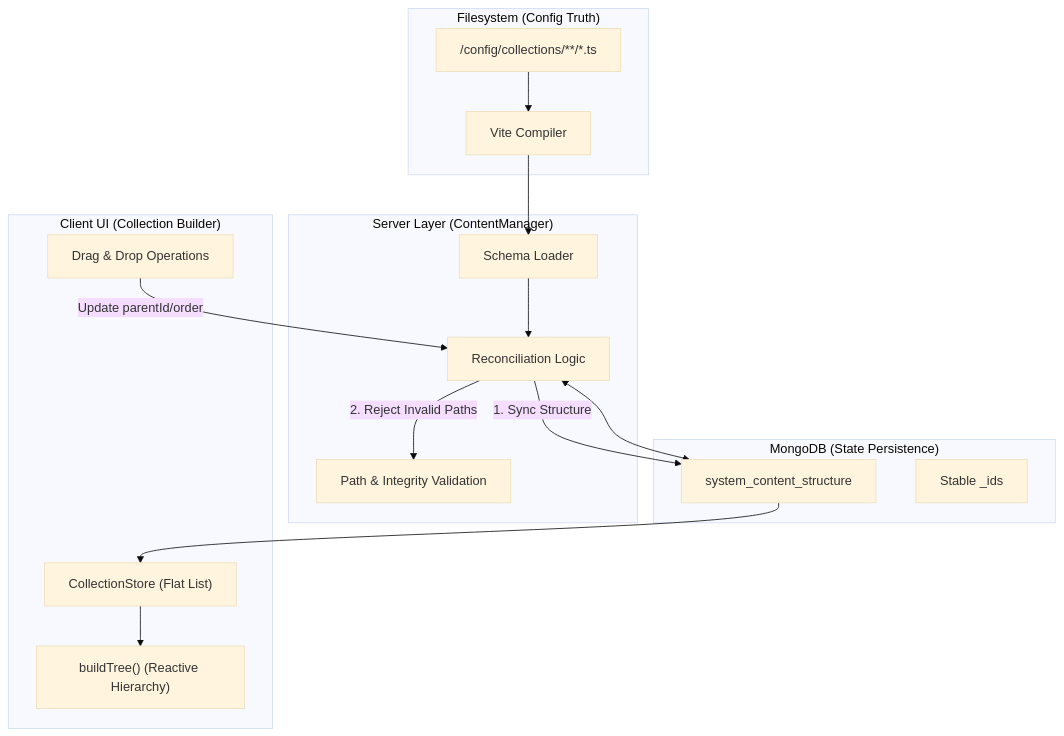
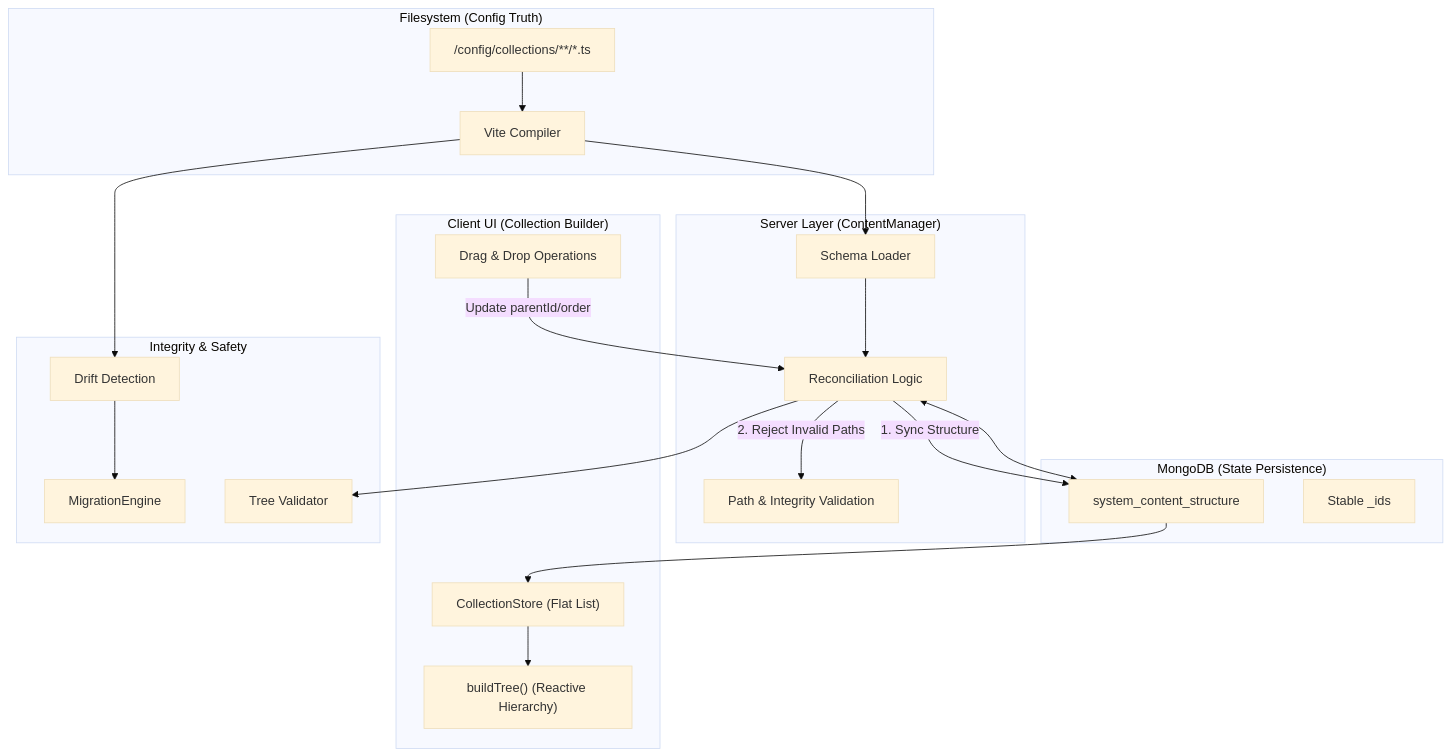
One commit to SveltyCMS/SveltyCMS changed the diagram in docs/architecture/collection-builder-architecture.mdx. Above: the diagram before and after it, drawn with Mermaid (base theme). The commit also changed other lines of this file and 29 other files, not shown here.

Commit message:
feat: Implement schema migration engine with drift detection and add webhook management UI and API.

````diff
--- a/docs/architecture/collection-builder-architecture.mdx
+++ b/docs/architecture/collection-builder-architecture.mdx
@@ -29,37 +29,47 @@
 ```mermaid
 graph TD
     subgraph Filesystem ["Filesystem (Config Truth)"]
         FS_Collections["/config/collections/**/*.ts"]
         FS_Compiler["Vite Compiler"]
     end
 
     subgraph Server_Layer ["Server Layer (ContentManager)"]
         CM_Loader["Schema Loader"]
         CM_Reconcile["Reconciliation Logic"]
         CM_Validation["Path & Integrity Validation"]
     end
 
     subgraph Database ["MongoDB (State Persistence)"]
         DB_Nodes["system_content_structure"]
         DB_IDs["Stable _ids"]
     end
 
     subgraph Client_UI ["Client UI (Collection Builder)"]
         UI_Store["CollectionStore (Flat List)"]
         UI_Tree["buildTree() (Reactive Hierarchy)"]
         UI_Drag["Drag & Drop Operations"]
     end
 
     FS_Collections --> FS_Compiler
     FS_Compiler --> CM_Loader
     CM_Loader --> CM_Reconcile
 
     DB_Nodes <--> CM_Reconcile
 
     CM_Reconcile -- "1. Sync Structure" --> DB_Nodes
     CM_Reconcile -- "2. Reject Invalid Paths" --> CM_Validation
 
     DB_Nodes --> UI_Store
     UI_Store --> UI_Tree
     UI_Drag -- "Update parentId/order" --> CM_Reconcile
+
+    subgraph Integrity_Layer ["Integrity & Safety"]
+        Migration_Engine["MigrationEngine"]
+        Drift_Detection["Drift Detection"]
+        Tree_Validation["Tree Validator"]
+    end
+
+    CM_Reconcile --> Tree_Validation
+    FS_Compiler --> Drift_Detection
+    Drift_Detection --> Migration_Engine
 ```
````
